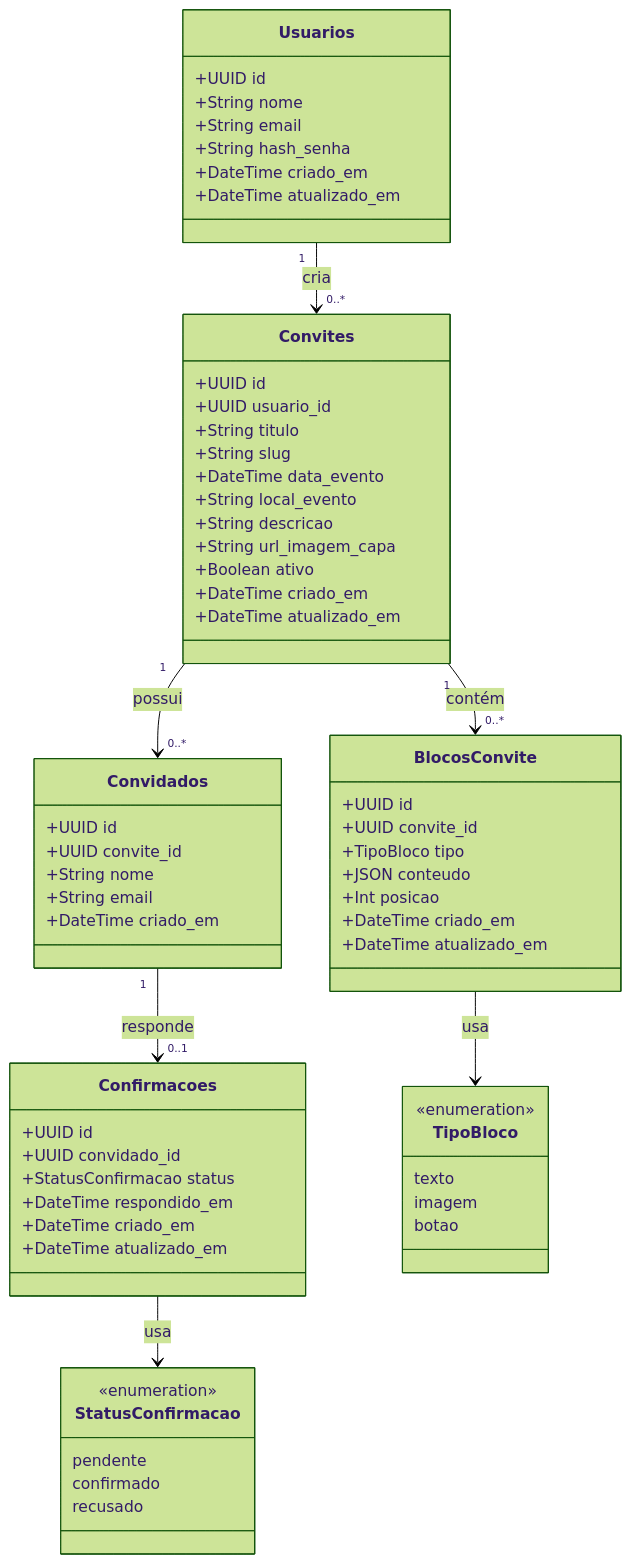
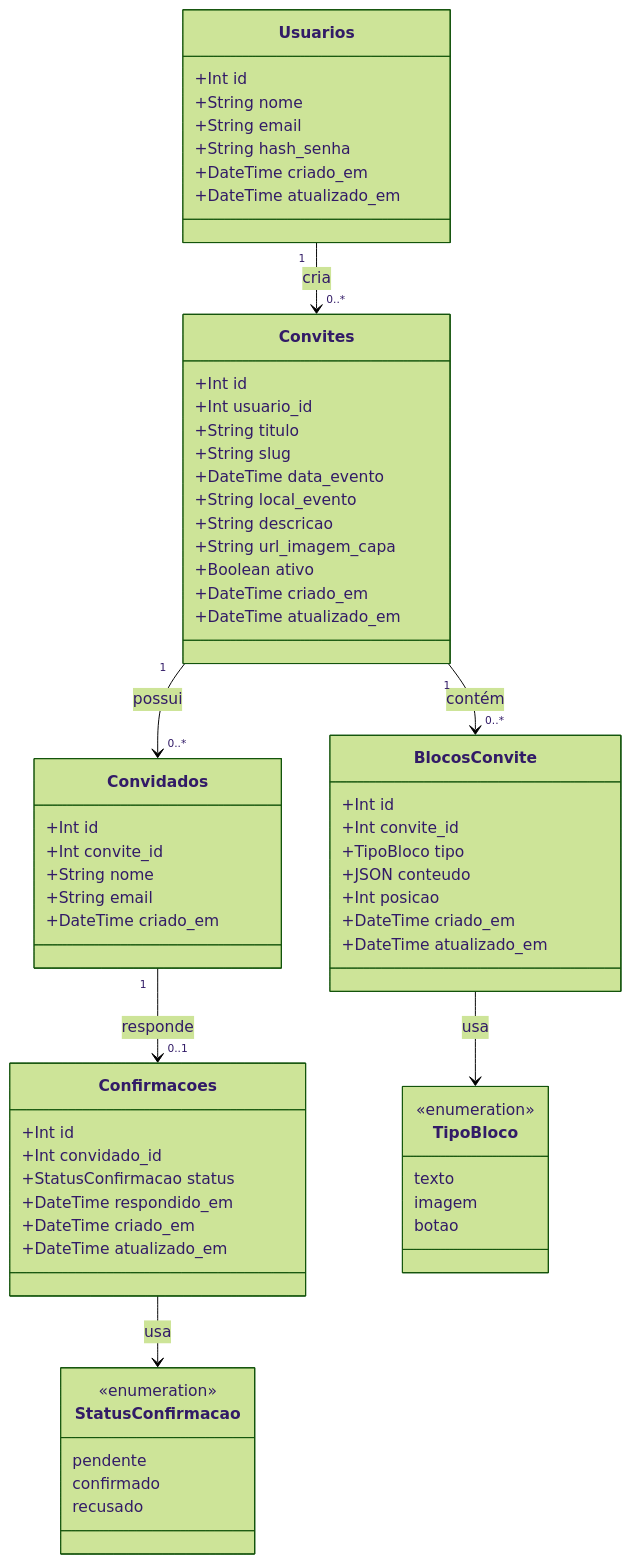
Before and after one commit to luanAfons0/ES3-project: the diagram in docs/uml.md, drawn with Mermaid (forest theme). The commit also changed 2 other files, not shown here.

Commit message:
update: ptbr docs

````diff
--- a/docs/uml.md
+++ b/docs/uml.md
@@ -3,75 +3,75 @@
 ```mermaid
 classDiagram
     direction TB
 
     class Usuarios {
-        +UUID id
+        +Int id
         +String nome
         +String email
         +String hash_senha
         +DateTime criado_em
         +DateTime atualizado_em
     }
 
     class Convites {
-        +UUID id
-        +UUID usuario_id
+        +Int id
+        +Int usuario_id
         +String titulo
         +String slug
         +DateTime data_evento
         +String local_evento
         +String descricao
         +String url_imagem_capa
         +Boolean ativo
         +DateTime criado_em
         +DateTime atualizado_em
     }
 
     class BlocosConvite {
-        +UUID id
-        +UUID convite_id
+        +Int id
+        +Int convite_id
         +TipoBloco tipo
         +JSON conteudo
         +Int posicao
         +DateTime criado_em
         +DateTime atualizado_em
     }
 
     class Convidados {
-        +UUID id
-        +UUID convite_id
+        +Int id
+        +Int convite_id
         +String nome
         +String email
         +DateTime criado_em
     }
 
     class Confirmacoes {
-        +UUID id
-        +UUID convidado_id
+        +Int id
+        +Int convidado_id
         +StatusConfirmacao status
         +DateTime respondido_em
         +DateTime criado_em
         +DateTime atualizado_em
     }
 
     class TipoBloco {
         <<enumeration>>
         texto
         imagem
         botao
     }
 
     class StatusConfirmacao {
         <<enumeration>>
         pendente
         confirmado
         recusado
     }
 
     Usuarios "1" --> "0..*" Convites : cria
     Convites "1" --> "0..*" BlocosConvite : contém
     Convites "1" --> "0..*" Convidados : possui
     Convidados "1" --> "0..1" Confirmacoes : responde
     BlocosConvite --> TipoBloco : usa
     Confirmacoes --> StatusConfirmacao : usa
 ```
````
